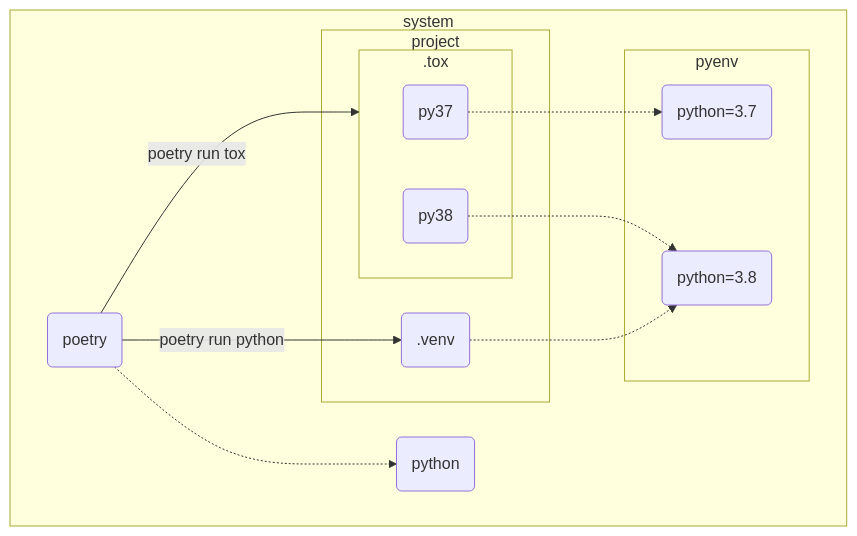
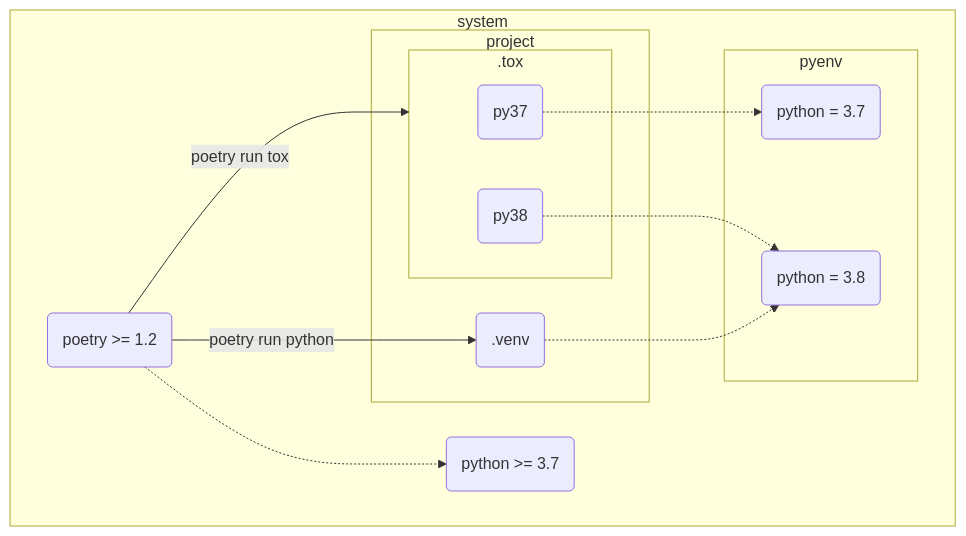
One commit to Hasenpfote/python-poetry-example changed the diagram in README.md. Above: the diagram before and after it, drawn with Mermaid. The commit also changed other lines of this file and 3 other files, not shown here.

````diff
--- a/README.md
+++ b/README.md
@@ -25,27 +27,27 @@
 ```mermaid
 flowchart TD
 
   subgraph system
-    id11(python)
-    id12(poetry)
+    id11(python >= 3.7)
+    id12(poetry >= 1.2)
 
     subgraph pyenv
-      id21(python=3.7)
-      id22(python=3.8)
+      id21(python = 3.7)
+      id22(python = 3.8)
     end
 
     subgraph project
       id31(.venv)
       subgraph .tox
         id41(py37)
         id42(py38)
       end
     end
   end
 
   id12 .-> id11
   id12 --> |poetry run python| id31
   id12 --> |poetry run tox| .tox
   id41 .-> id21
   id31 & id42 .-> id22
 ```
````
